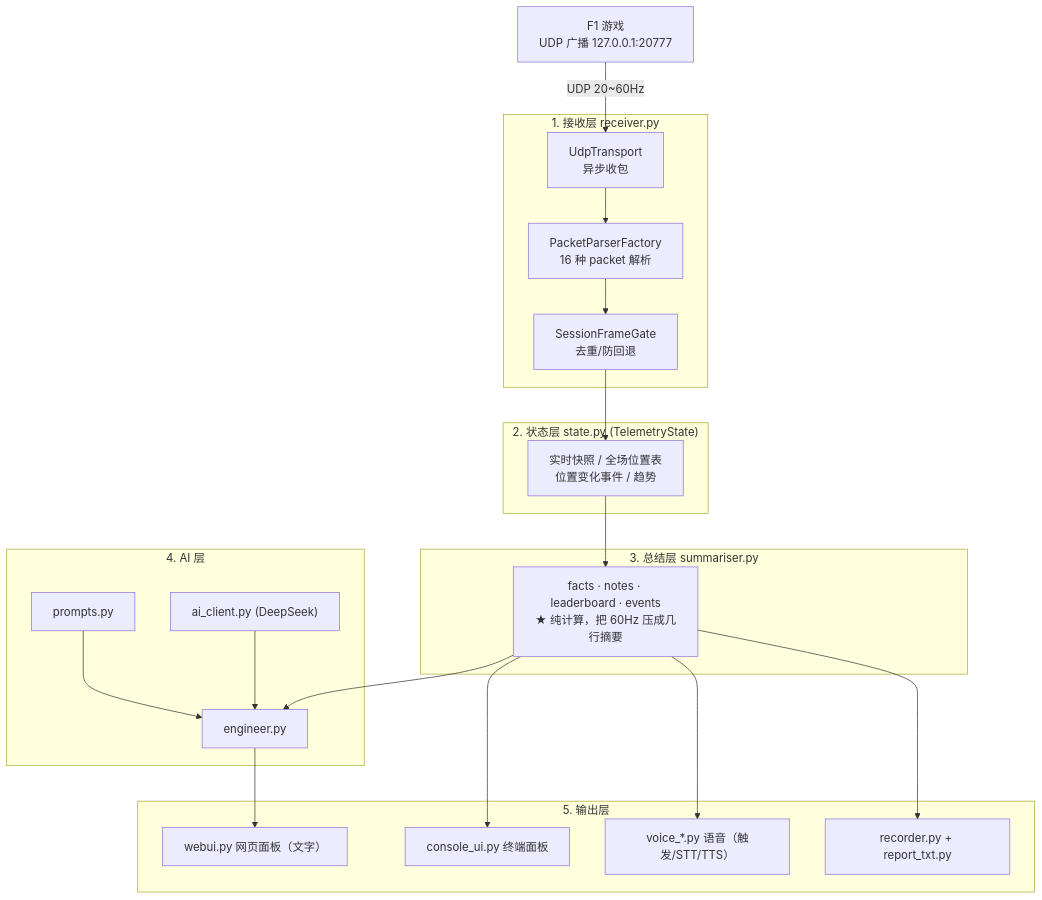
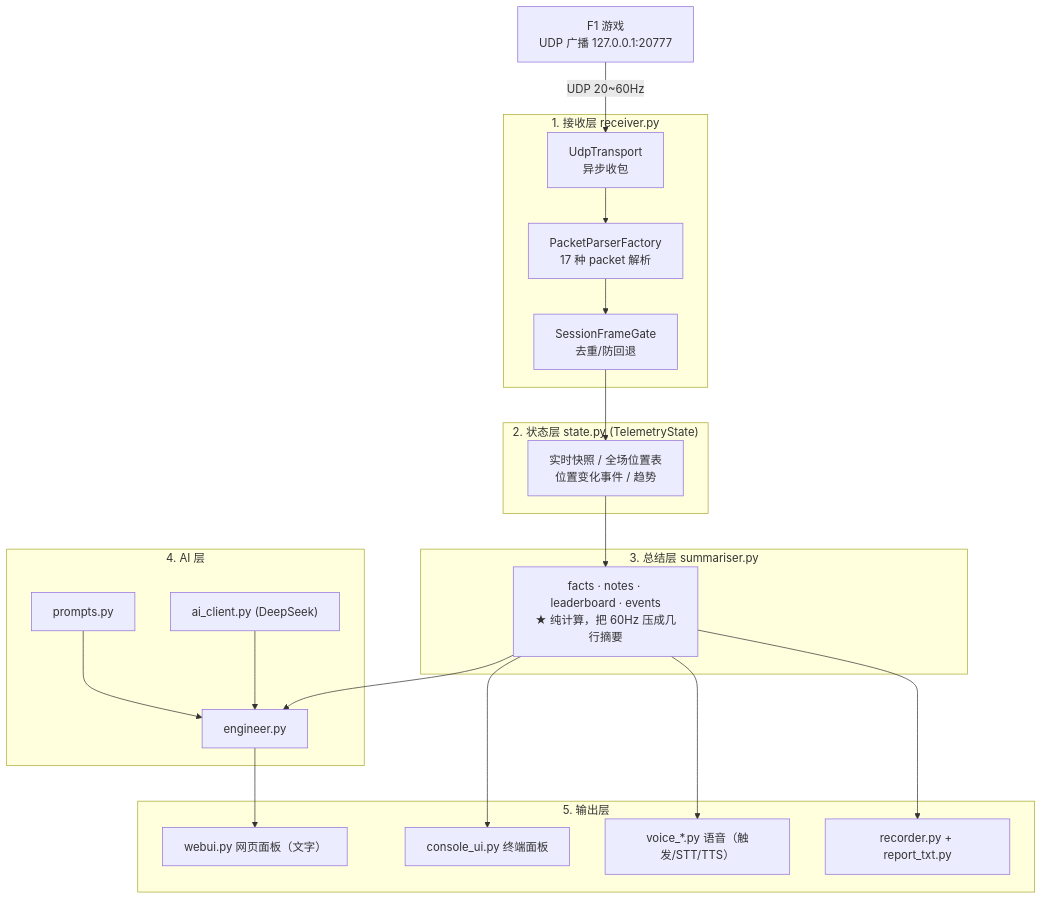
The diagram in README.md (cewtoad/FI), drawn with Mermaid before and after one commit. The commit also changed other lines of this file, not shown here.

````diff
--- a/README.md
+++ b/README.md
@@ -196,42 +205,42 @@
 ```mermaid
 flowchart TD
     GAME["F1 游戏<br/>UDP 广播 127.0.0.1:20777"]
 
     subgraph L1["1. 接收层 receiver.py"]
         UDP["UdpTransport<br/>异步收包"]
-        PARSE["PacketParserFactory<br/>16 种 packet 解析"]
+        PARSE["PacketParserFactory<br/>17 种 packet 解析"]
         GATE["SessionFrameGate<br/>去重/防回退"]
         UDP --> PARSE --> GATE
     end
 
     subgraph L2["2. 状态层 state.py (TelemetryState)"]
         SNAP["实时快照 / 全场位置表<br/>位置变化事件 / 趋势"]
     end
 
     subgraph L3["3. 总结层 summariser.py"]
         SUM["facts · notes · leaderboard · events<br/>★ 纯计算，把 60Hz 压成几行摘要"]
     end
 
     subgraph L4["4. AI 层"]
         PROMPT["prompts.py"]
         CLIENT["ai_client.py (DeepSeek)"]
         ENG["engineer.py"]
     end
 
     subgraph L5["5. 输出层"]
         WEB["webui.py 网页面板（文字）"]
         CONSOLE["console_ui.py 终端面板"]
         VOICE["voice_*.py 语音（触发/STT/TTS）"]
         REC["recorder.py + report_txt.py"]
     end
 
     GAME -->|"UDP 20~60Hz"| UDP
     GATE --> SNAP --> SUM
     SUM --> ENG
     PROMPT --> ENG
     CLIENT --> ENG
     ENG --> WEB
     SUM --> CONSOLE
     SUM --> VOICE
     SUM --> REC
 ```
````
